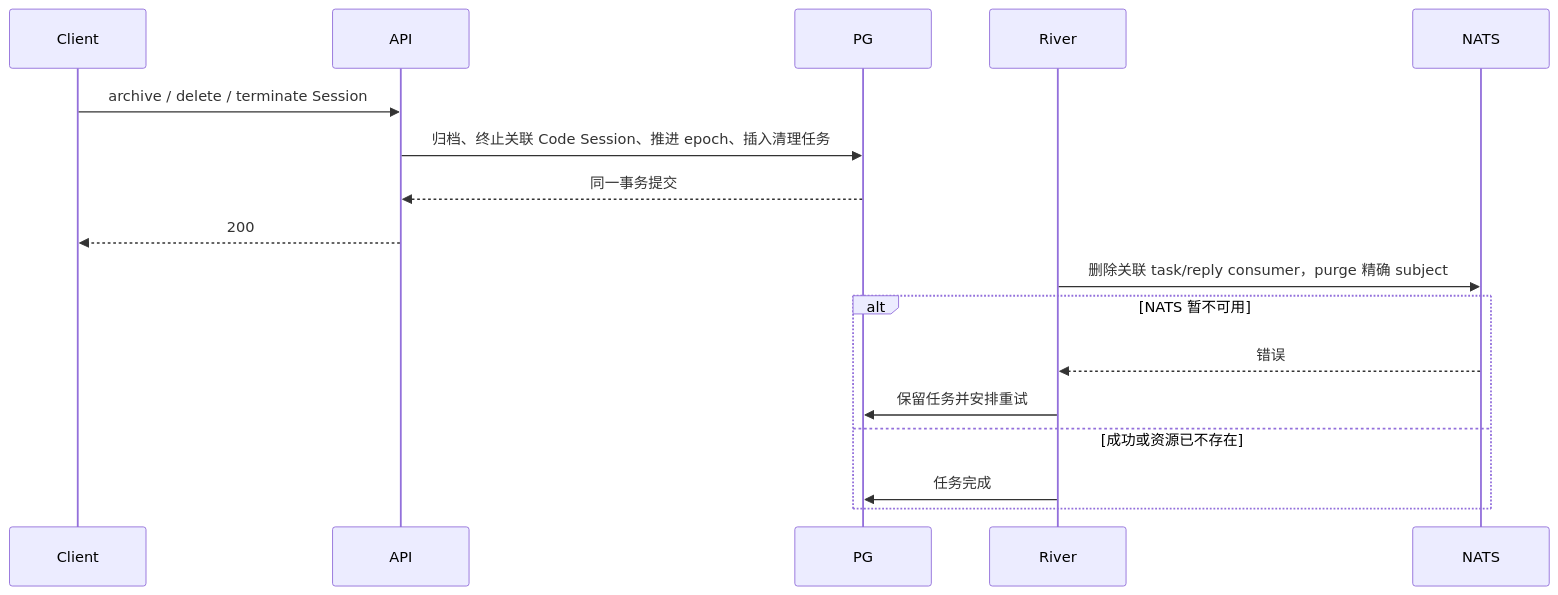
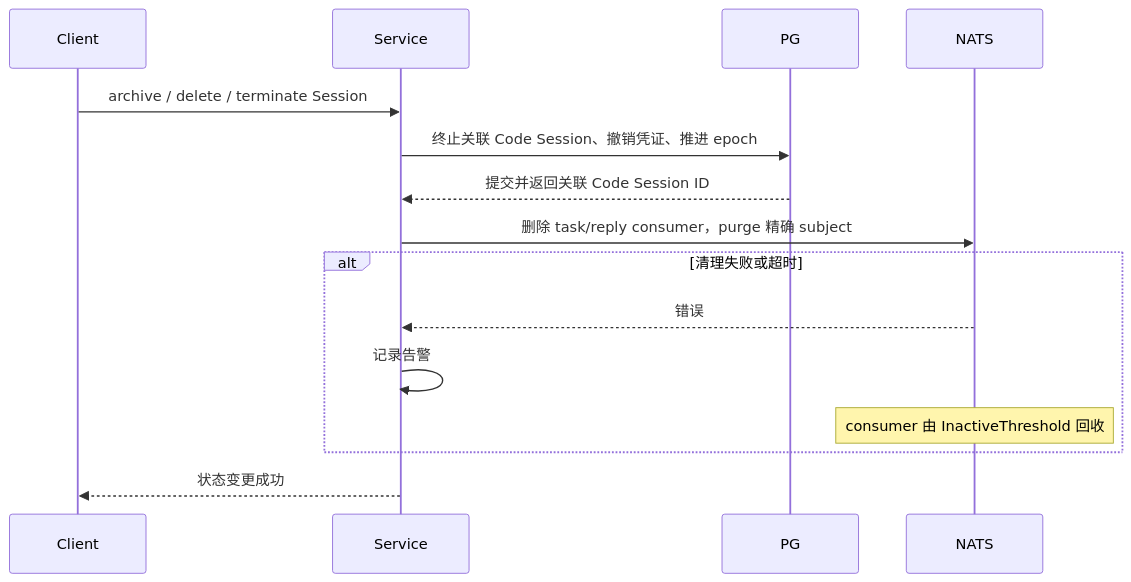
The second of 2 diagrams in docs/design/be/ccrv2/ccr-v2-worker-events-delivery-backend-design.md (superduck-ai/open-managed-agents), drawn with Mermaid before and after one commit. The commit also changed other lines of this file and 21 other files, not shown here.

````diff
--- a/docs/design/be/ccrv2/ccr-v2-worker-events-delivery-backend-design.md
+++ b/docs/design/be/ccrv2/ccr-v2-worker-events-delivery-backend-design.md
@@ -251,19 +251,17 @@
 ```mermaid
 sequenceDiagram
     participant Client
-    participant API
+    participant Service
     participant PG
-    participant River
     participant NATS
-    Client->>API: archive / delete / terminate Session
-    API->>PG: 归档、终止关联 Code Session、推进 epoch、插入清理任务
-    PG-->>API: 同一事务提交
-    API-->>Client: 200
-    River->>NATS: 删除关联 task/reply consumer，purge 精确 subject
-    alt NATS 暂不可用
-        NATS-->>River: 错误
-        River->>PG: 保留任务并安排重试
-    else 成功或资源已不存在
-        River->>PG: 任务完成
+    Client->>Service: archive / delete / terminate Session
+    Service->>PG: 终止关联 Code Session、撤销凭证、推进 epoch
+    PG-->>Service: 提交并返回关联 Code Session ID
+    Service->>NATS: 删除 task/reply consumer，purge 精确 subject
+    alt 清理失败或超时
+        NATS-->>Service: 错误
+        Service->>Service: 记录告警
+        Note over NATS: consumer 由 InactiveThreshold 回收
     end
+    Service-->>Client: 状态变更成功
 ```
````
